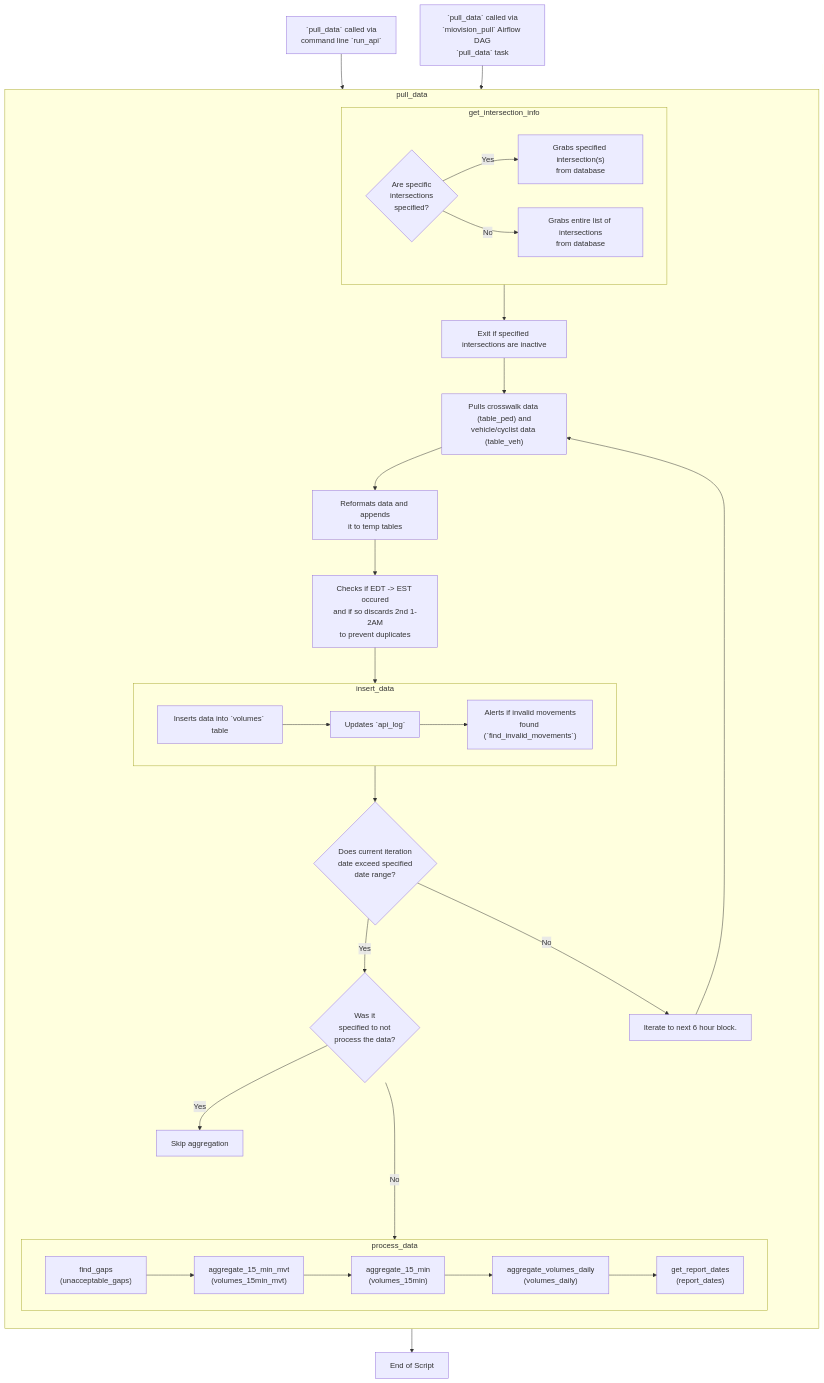
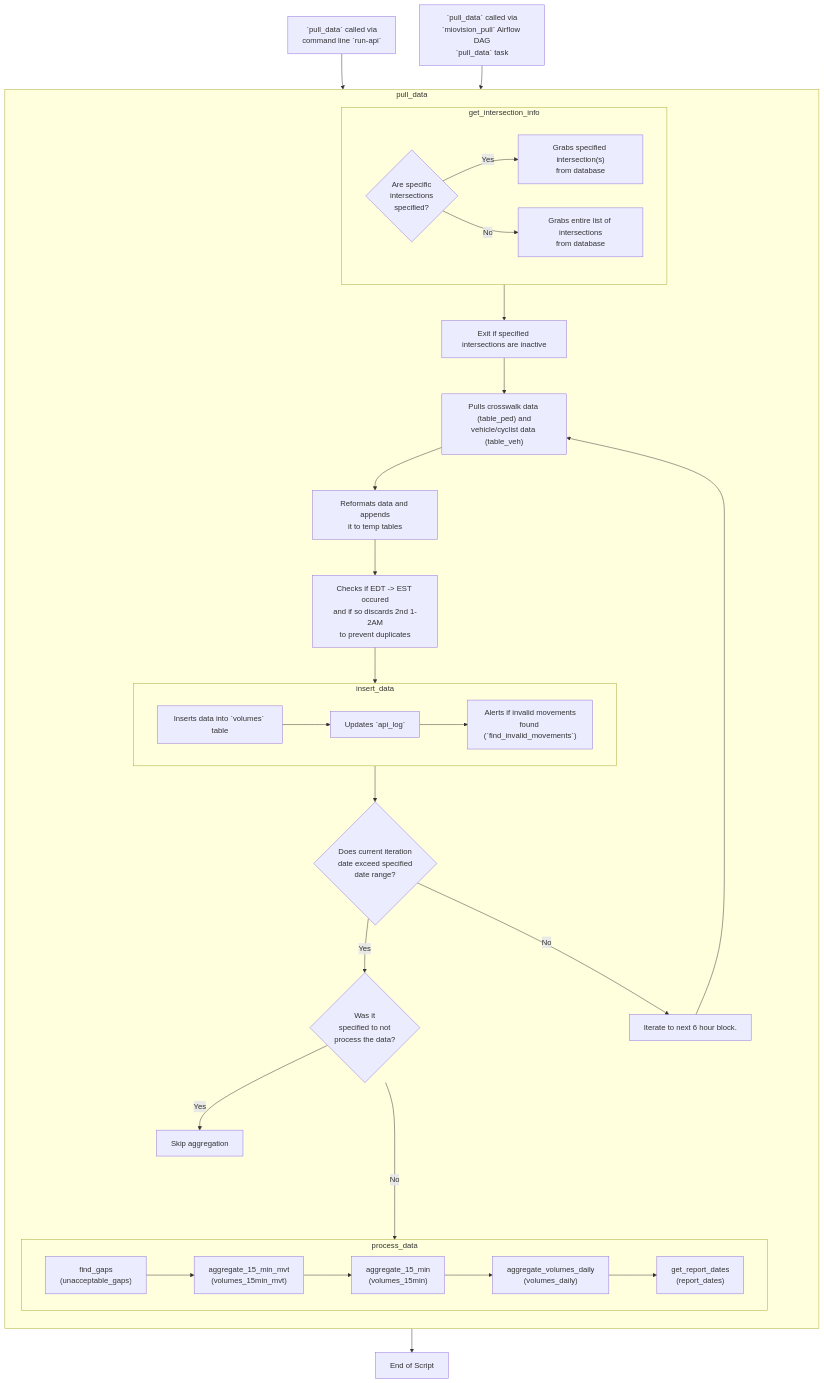
The diagram in volumes/miovision/api/readme.md (CityofToronto/bdit_data-sources), drawn with Mermaid before and after one commit. The commit also changed other lines of this file and 2 other files, not shown here.

Commit message:
#832 change run_api references to run-api

````diff
--- a/volumes/miovision/api/readme.md
+++ b/volumes/miovision/api/readme.md
@@ -181,59 +181,59 @@
 ```mermaid
 flowchart TB
-    A[" `pull_data` called via\ncommand line `run_api`"]
+    A[" `pull_data` called via\ncommand line `run-api`"]
     B[" `pull_data` called via\n`miovision_pull` Airflow DAG\n`pull_data` task"]
     A & B-->pull_data
 
     subgraph pull_data["`pull_data`" ]
         direction TB
 
         subgraph get_intersection_info["`get_intersection_info`" ]
             direction LR
             D{Are specific\nintersections\n specified?}
             E[Grabs entire list of intersections\nfrom database]
             F["Grabs specified intersection(s)\nfrom database"]
             D-->|Yes|F
             D-->|No|E            
         end
 
         exit[Exit if specified intersections are inactive]
         G["Pulls crosswalk data (table_ped) and\nvehicle/cyclist data (table_veh)"]
         H[Reformats data and appends\nit to temp tables]
         J[Checks if EDT -> EST occured\nand if so discards 2nd 1-2AM\nto prevent duplicates]
 
         subgraph insert_data["`insert_data`"]
             direction LR
             insert[Inserts data into `volumes` table]
             api_log[Updates `api_log`]
             invalid["Alerts if invalid movements\nfound (`find_invalid_movements`)"]
             insert-->api_log-->invalid
         end
 
         P{Does current iteration\ndate exceed specified\ndate range?}
         get_intersection_info-->exit-->G-->H-->J-->insert_data-->P
         
 
         Iterate[Iterate to next 6 hour block.]
         L{Was it\nspecified to not\nprocess the data?}
 
         P-->|Yes|L
         P-->|No|Iterate
         Iterate-->G
 
         subgraph process_data["`process_data`"]
             direction LR
             gaps["find_gaps\n(unacceptable_gaps)"]-->
             mvt["aggregate_15_min_mvt\n(volumes_15min_mvt)"]-->
             v15["aggregate_15_min\n(volumes_15min)"]-->
             volumes_daily["aggregate_volumes_daily\n(volumes_daily)"]-->
             report_dates["get_report_dates\n(report_dates)"]
         end
         
         L---->|No|process_data
         L-->|Yes|skip[Skip aggregation]
     end
     
     Q[End of Script]
     
     pull_data-->Q
   ```
````
